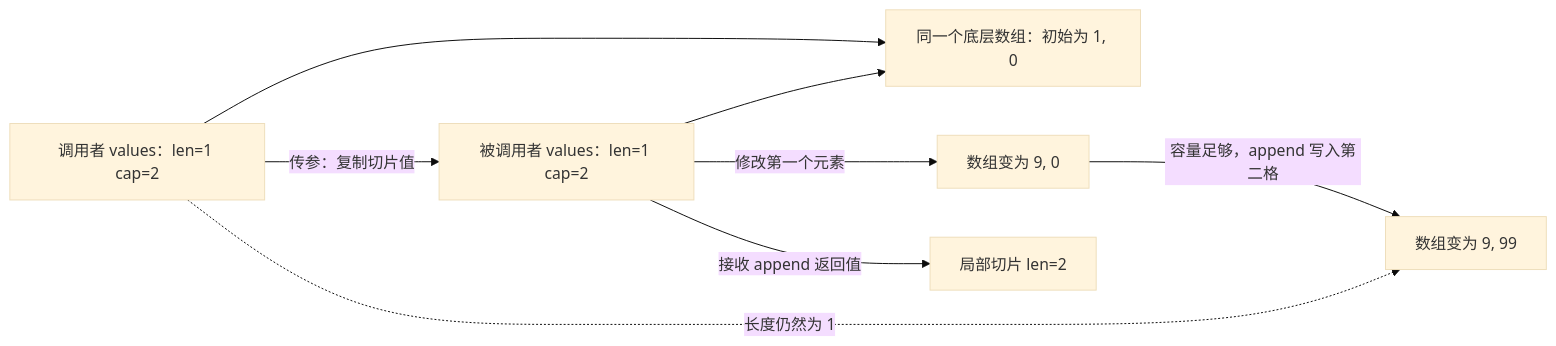
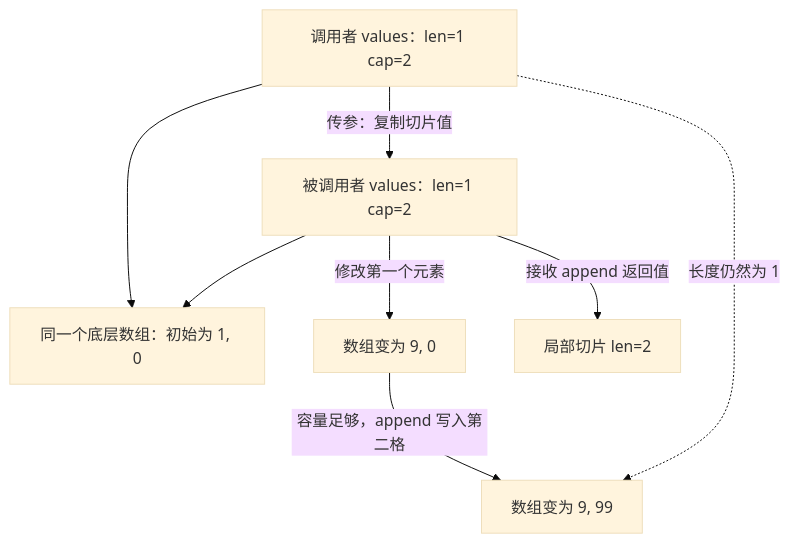
One commit to xx2201/go-interview-100 changed the diagram in 01-language-design/003-value-semantics.md. Above: the diagram before and after it, drawn with Mermaid (base theme).

Commit message:
docs: improve slice diagram readability

````diff
--- a/01-language-design/003-value-semantics.md
+++ b/01-language-design/003-value-semantics.md
@@ -13,10 +13,10 @@
 ```mermaid
-flowchart LR
+flowchart TD
     A["调用者 values：len=1 cap=2"] --> C["同一个底层数组：初始为 1, 0"]
     A -- "传参：复制切片值" --> B["被调用者 values：len=1 cap=2"]
     B --> C
     B -- "修改第一个元素" --> D["数组变为 9, 0"]
     D -- "容量足够，append 写入第二格" --> E["数组变为 9, 99"]
     B -- "接收 append 返回值" --> F["局部切片 len=2"]
     A -. "长度仍然为 1" .-> E
 ```
````
